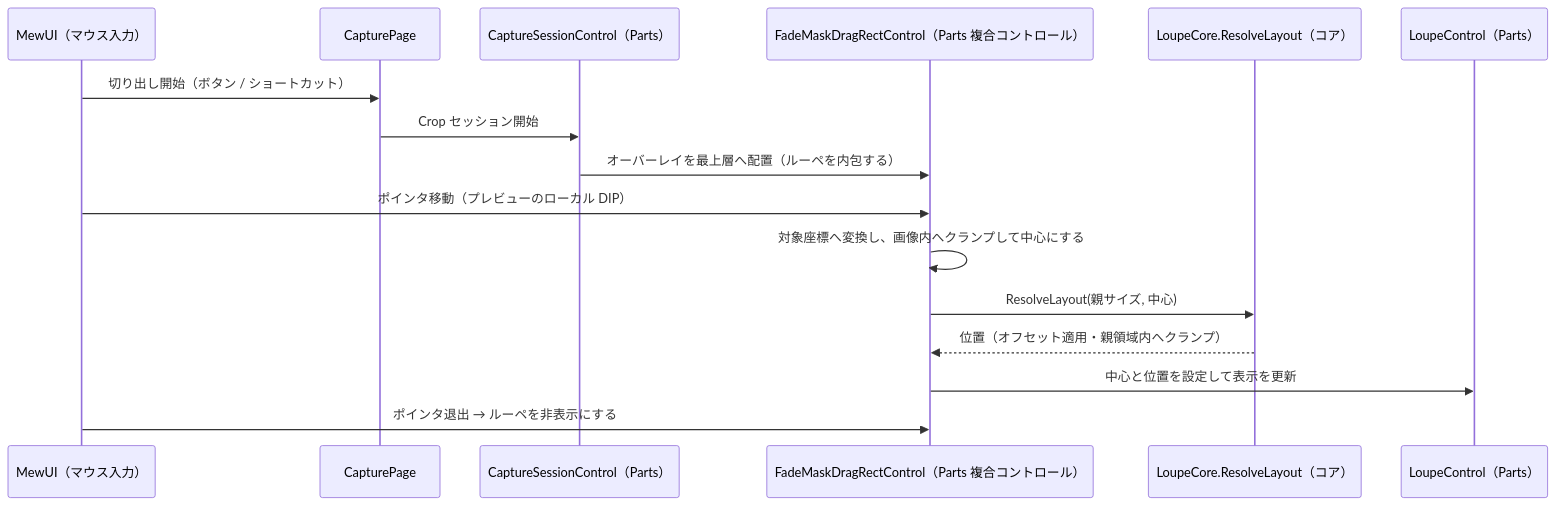
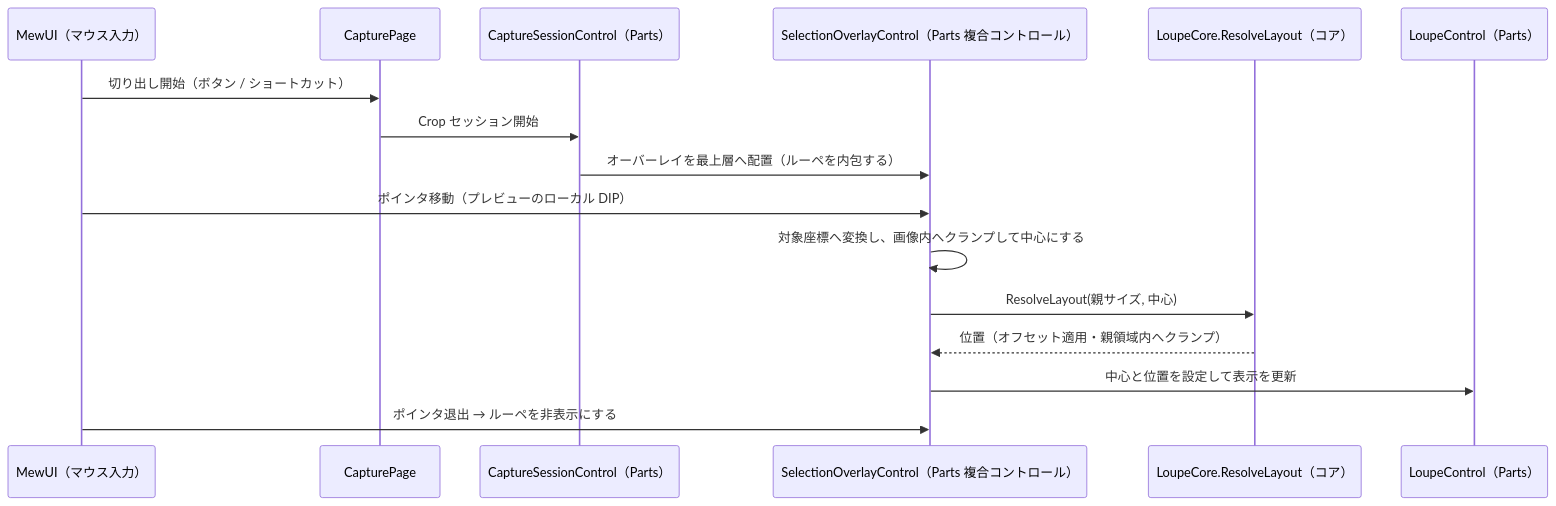
Before and after one commit to tomokuni/SaveEvidence: the eighth of 12 diagrams in src/App.MewUI/docs/SPEC_System.md, drawn with Mermaid. The commit also changed other lines of this file and 192 other files, not shown here.

````diff
--- a/src/App.MewUI/docs/SPEC_System.md
+++ b/src/App.MewUI/docs/SPEC_System.md
@@ -488,19 +488,19 @@
 ```mermaid
 sequenceDiagram
     participant OS as MewUI（マウス入力）
     participant CP as CapturePage
     participant CS as CaptureSessionControl（Parts）
-    participant FM as FadeMaskDragRectControl（Parts 複合コントロール）
+    participant FM as SelectionOverlayControl（Parts 複合コントロール）
     participant LP as LoupeCore.ResolveLayout（コア）
     participant LV as LoupeControl（Parts）
 
     OS->>CP: 切り出し開始（ボタン / ショートカット）
     CP->>CS: Crop セッション開始
     CS->>FM: オーバーレイを最上層へ配置（ルーペを内包する）
     OS->>FM: ポインタ移動（プレビューのローカル DIP）
     FM->>FM: 対象座標へ変換し、画像内へクランプして中心にする
     FM->>LP: ResolveLayout(親サイズ, 中心)
     LP-->>FM: 位置（オフセット適用・親領域内へクランプ）
     FM->>LV: 中心と位置を設定して表示を更新
     OS->>FM: ポインタ退出 → ルーペを非表示にする
 ```
````
